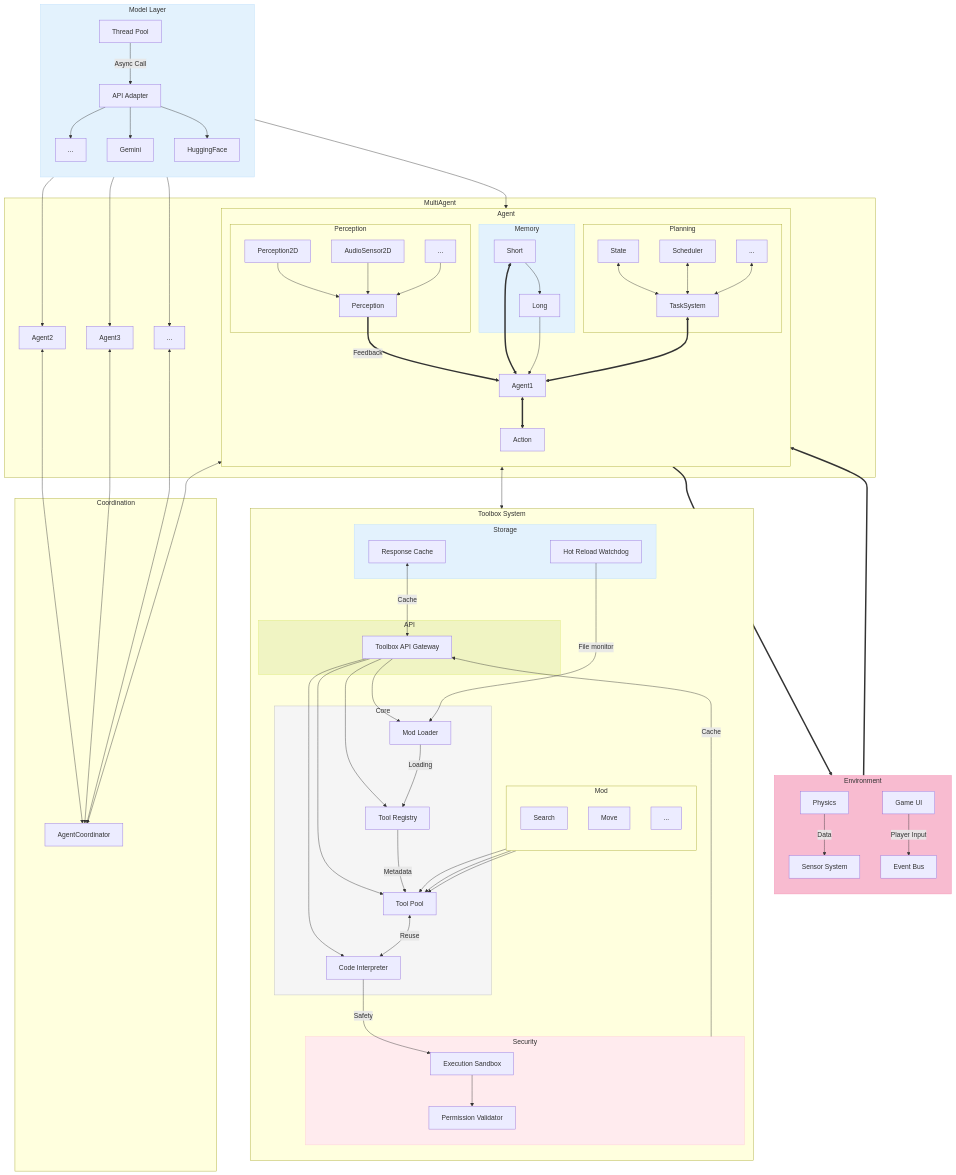
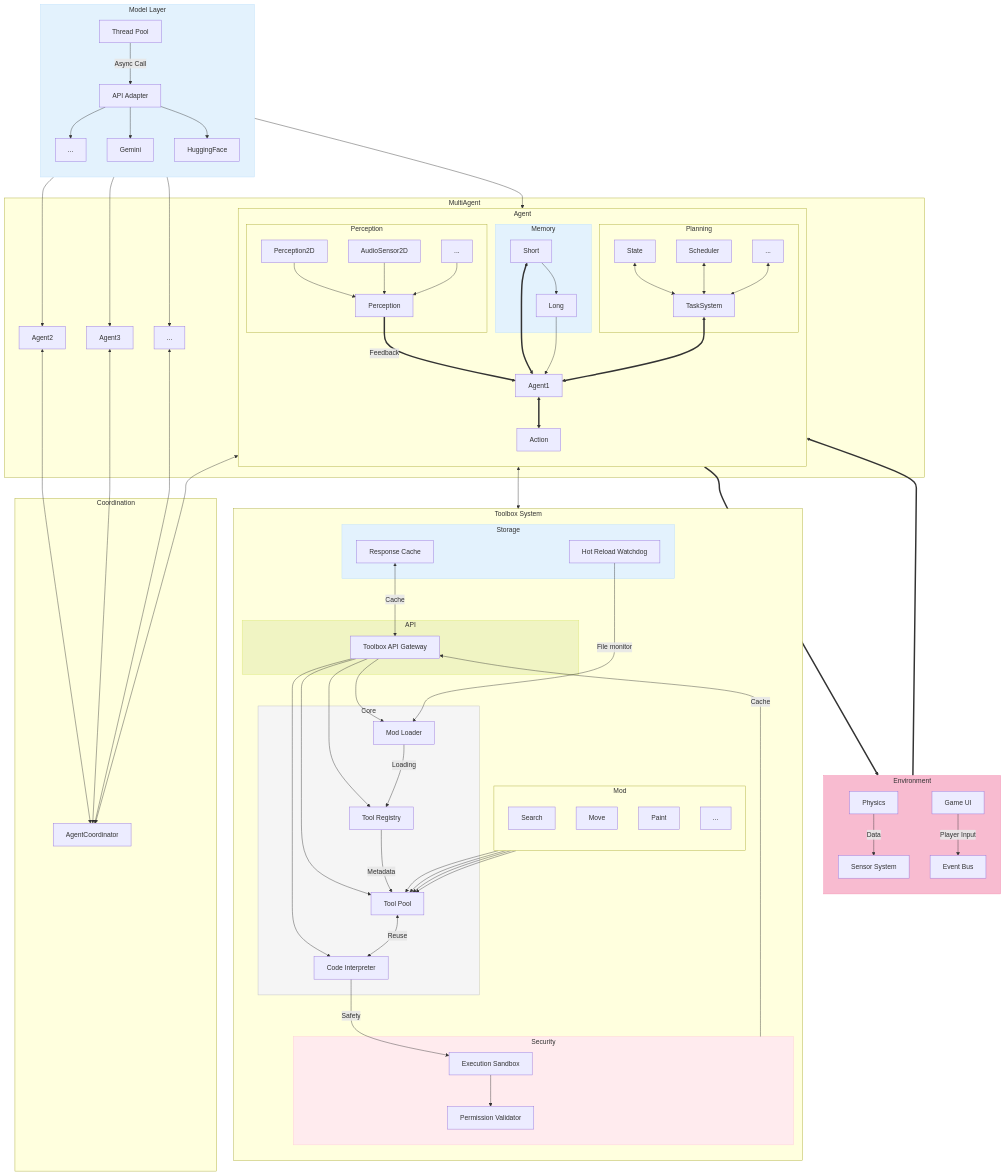
One commit to SleeeepyZhou/AIdot changed the diagram in addons/AIdot/Res/Note.md. Above: the diagram before and after it, drawn with Mermaid. The commit also changed other lines of this file and 41 other files, not shown here.

````diff
--- a/addons/AIdot/Res/Note.md
+++ b/addons/AIdot/Res/Note.md
@@ -60,114 +63,115 @@
 ```mermaid
 flowchart TB
-    classDef model fill:#E3F2FD,stroke:#BBDEFB;
-    classDef env fill:#F8BBD0,stroke:#F48FB1;
+	classDef model fill:#E3F2FD,stroke:#BBDEFB;
+	classDef env fill:#F8BBD0,stroke:#F48FB1;
 
-    subgraph ENV[Environment]
-        direction TB
-        PHYS[Physics] -->|Data| SENSOR[Sensor System]
-        UI[Game UI] -->|Player Input| EVENT[Event Bus]
-    end
-    ENV[Game World] ==> Perception
-    T ==> ENV
+	subgraph ENV[Environment]
+		direction TB
+		PHYS[Physics] -->|Data| SENSOR[Sensor System]
+		UI[Game UI] -->|Player Input| EVENT[Event Bus]
+	end
+	ENV[Game World] ==> Perception
+	T ==> ENV
 	subgraph M[Model Layer]
-        direction TB
-        MADAPTER[API Adapter] --> MAPI1[...]
-        MADAPTER --> MAPI2[Gemini]
-        MADAPTER --> MAPI3[HuggingFace]
-        MTHREAD[Thread Pool] -->|Async Call| MADAPTER
-    end
+		direction TB
+		MADAPTER[API Adapter] --> MAPI1[...]
+		MADAPTER --> MAPI2[Gemini]
+		MADAPTER --> MAPI3[HuggingFace]
+		MTHREAD[Thread Pool] -->|Async Call| MADAPTER
+	end
 
-    subgraph Toolbox[Toolbox System]
-        direction TB
-        subgraph Interface[API]
-            API[Toolbox API Gateway]
-        end
-        subgraph Core
-            Loader[Mod Loader]
-            Registry[Tool Registry]
-            Pool[Tool Pool]
-            Interpreter[Code Interpreter]
-        end
-        subgraph Mod
-            direction TB
-            T1[Search] --> Pool
-            T2[Move] --> Pool
-            T3[...] --> Pool
-        end
-        subgraph Security
-            Sandbox[Execution Sandbox]
-            Auth[Permission Validator]
-        end
-        subgraph Storage
-            Cache[Response Cache]
-            Hotfix[Hot Reload Watchdog]
-        end
+	subgraph Toolbox[Toolbox System]
+		direction TB
+		subgraph Interface[API]
+			API[Toolbox API Gateway]
+		end
+		subgraph Core
+			Loader[Mod Loader]
+			Registry[Tool Registry]
+			Pool[Tool Pool]
+			Interpreter[Code Interpreter]
+		end
+		subgraph Mod
+			direction TB
+			T1[Search] --> Pool
+			T2[Move] --> Pool
+			T3[Paint] --> Pool
+			T4[...] --> Pool
+		end
+		subgraph Security
+			Sandbox[Execution Sandbox]
+			Auth[Permission Validator]
+		end
+		subgraph Storage
+			Cache[Response Cache]
+			Hotfix[Hot Reload Watchdog]
+		end
 
-        API --> Loader
-        API --> Registry
-        API --> Pool
-        API --> Interpreter
-        Loader -->|Loading| Registry
-        Registry -->|Metadata| Pool
-        Interpreter -->|Safety| Sandbox
-        Sandbox --> Auth
-        Pool <-->|Reuse| Interpreter
-        Hotfix -->|File monitor| Loader
-        Cache <-->|Cache| API
-        Security -->|Cache| API
-    end
-        classDef core fill:#F5F5F5,stroke:#BDBDBD;
-        classDef security fill:#FFEBEE,stroke:#FFCDD2;
-        classDef storage fill:#E3F2FD,stroke:#BBDEFB;
-        classDef interface fill:#F0F4C3,stroke:#DCE775;
-        class Interface interface
-        class Core core
-        class Security security
-        class Storage storage
+		API --> Loader
+		API --> Registry
+		API --> Pool
+		API --> Interpreter
+		Loader -->|Loading| Registry
+		Registry -->|Metadata| Pool
+		Interpreter -->|Safety| Sandbox
+		Sandbox --> Auth
+		Pool <-->|Reuse| Interpreter
+		Hotfix -->|File monitor| Loader
+		Cache <-->|Cache| API
+		Security -->|Cache| API
+	end
+		classDef core fill:#F5F5F5,stroke:#BDBDBD;
+		classDef security fill:#FFEBEE,stroke:#FFCDD2;
+		classDef storage fill:#E3F2FD,stroke:#BBDEFB;
+		classDef interface fill:#F0F4C3,stroke:#DCE775;
+		class Interface interface
+		class Core core
+		class Security security
+		class Storage storage
 
-    subgraph MultiAgent
-        subgraph Agent
-            direction TB
-            T[Action]
-            A[Agent1]
-            T <--> API
-            subgraph Perception
-                P[Perception]
-                P1[Perception2D] --> P
-                P2[AudioSensor2D] --> P
-                P3[...] --> P
-            end
-            subgraph MEM[Memory]
-                M1[Short] --> M2[Long]
-            end
-            subgraph Planning
-                S[TaskSystem]
-                S1[State] <--> S
-                S2[Scheduler] <--> S
-                S3[...] <--> S
-            end
-            A <==> T
-            P ==>|Feedback| A
-            M1 <==> A
-            M2 --> A
-            S <==> A
-        end
-        A1[Agent2]
-        A2[Agent3]
-        A3[...]
-    end
+	subgraph MultiAgent
+		subgraph Agent
+			direction TB
+			T[Action]
+			A[Agent1]
+			T <--> API
+			subgraph Perception
+				P[Perception]
+				P1[Perception2D] --> P
+				P2[AudioSensor2D] --> P
+				P3[...] --> P
+			end
+			subgraph MEM[Memory]
+				M1[Short] --> M2[Long]
+			end
+			subgraph Planning
+				S[TaskSystem]
+				S1[State] <--> S
+				S2[Scheduler] <--> S
+				S3[...] <--> S
+			end
+			A <==> T
+			P ==>|Feedback| A
+			M1 <==> A
+			M2 --> A
+			S <==> A
+		end
+		A1[Agent2]
+		A2[Agent3]
+		A3[...]
+	end
 	subgraph Coordination
 		C[AgentCoordinator]
-        A1 <--> C
-        A2 <--> C
-        A3 <--> C
+		A1 <--> C
+		A2 <--> C
+		A3 <--> C
 	end
 	M --> A
-    M --> A1
-    M --> A2
-    M --> A3
+	M --> A1
+	M --> A2
+	M --> A3
 	A <--> C
 
-    class ENV env
-    class MEM,M model
+	class ENV env
+	class MEM,M model
 ```
````
